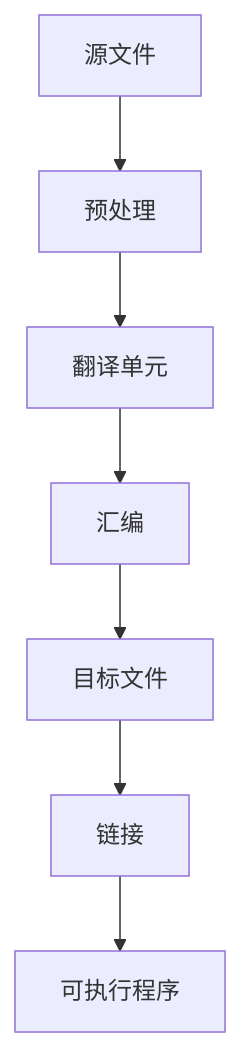
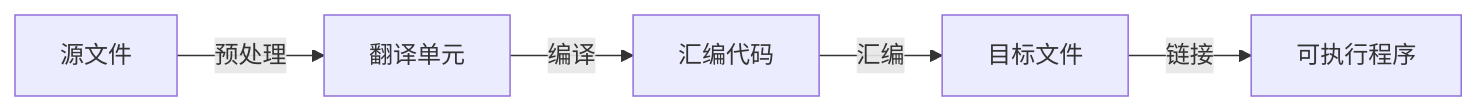
The diagram in chapter00/README.md (sakura745/Cpp), drawn with Mermaid before and after one commit. The commit also changed other lines of this file and 13 other files, not shown here.

````diff
--- a/chapter00/README.md
+++ b/chapter00/README.md
@@ -24,9 +11,7 @@
 ```mermaid
-graph TD;
-    A[源文件] --> B[预处理]
-    B --> C[翻译单元]
-    C --> D[汇编]
-    D --> E[目标文件]
-    E --> F[链接]
-    F --> G[可执行程序]
+graph LR;
+A[源文件] -->|预处理| B[翻译单元]
+B --> |编译| C[汇编代码]
+C --> |汇编| D[目标文件]
+D --> |链接| E[可执行程序]
 ```
````
